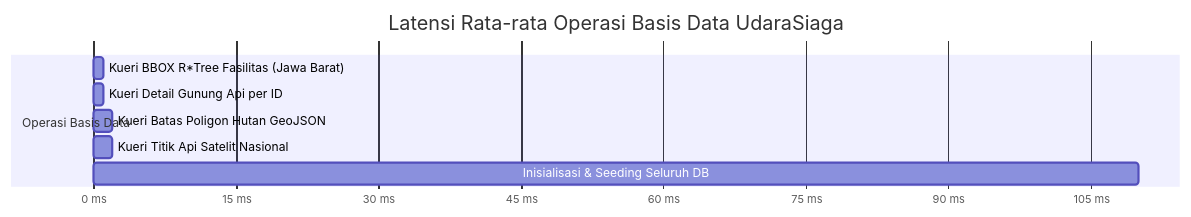
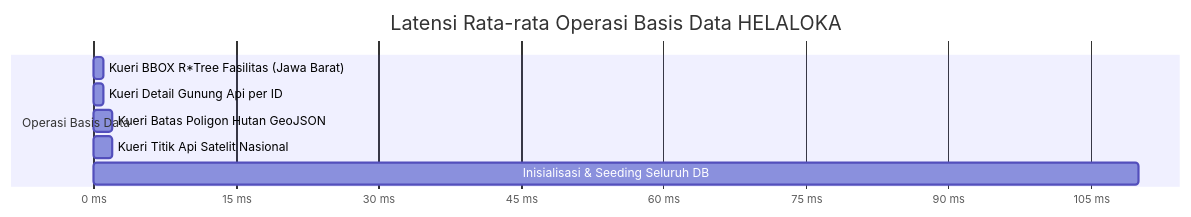
Before and after one commit to nyarikerja/JOINTS2026: the fourth of 4 diagrams in backend/docs/DATABASE_ARCHITECTURE.md, drawn with Mermaid. The commit also changed other lines of this file and 20 other files, not shown here.

````diff
--- a/backend/docs/DATABASE_ARCHITECTURE.md
+++ b/backend/docs/DATABASE_ARCHITECTURE.md
@@ -342,12 +342,12 @@
 ```mermaid
 gantt
-    title Latensi Rata-rata Operasi Basis Data UdaraSiaga
+    title Latensi Rata-rata Operasi Basis Data HELALOKA
     dateFormat X
     axisFormat %s ms
     section Operasi Basis Data
     Kueri BBOX R*Tree Fasilitas (Jawa Barat) : 0, 1
     Kueri Detail Gunung Api per ID          : 0, 1
     Kueri Batas Poligon Hutan GeoJSON       : 0, 2
     Kueri Titik Api Satelit Nasional        : 0, 2
     Inisialisasi & Seeding Seluruh DB       : 0, 110
 ```
````
